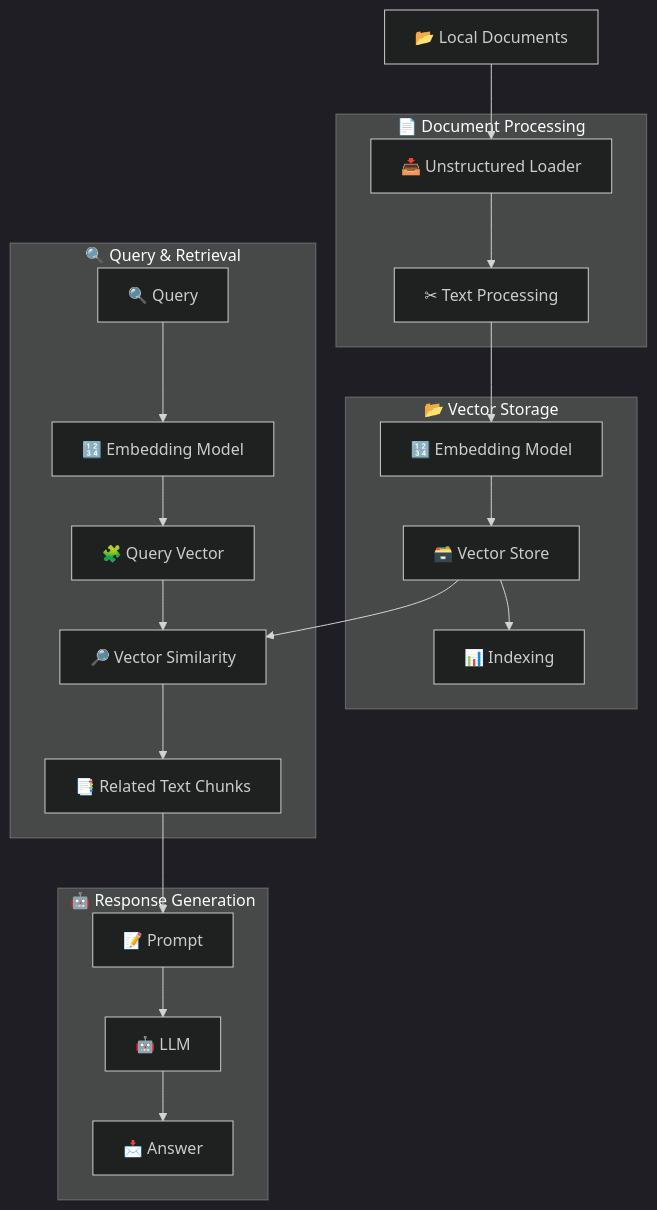
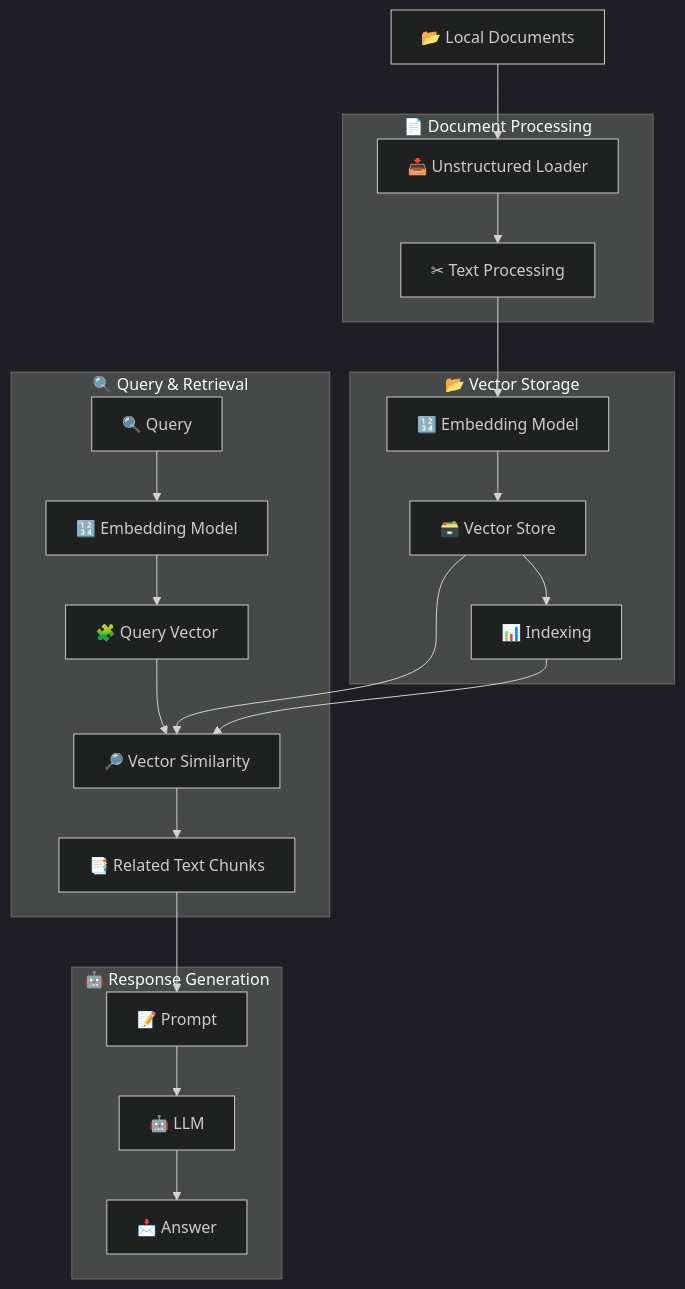
The diagram in RAG.md (Danielyan86/nlp-workshop), drawn with Mermaid (dark theme) before and after one commit. The commit also changed other lines of this file, not shown here.

Commit message:
Add connection from F to K in flowchart of RAG.md
- Updated the flowchart to include a new connection from F to K, enhancing the representation of the document processing pipeline.
- Removed an unnecessary line break in the Core Concepts section for improved formatting.

````diff
--- a/RAG.md
+++ b/RAG.md
@@ -46,46 +46,47 @@
 ```mermaid
 flowchart TD
     %% Document Processing
     subgraph subGraph0["📄 Document Processing"]
         B["📥 Unstructured Loader"]
         C["✂ Text Processing"]
     end
 
     %% Vector Storage
     subgraph subGraph1["📂 Vector Storage"]
         E["🔢 Embedding Model"]
         G["🗃️ Vector Store"]
         F["📊 Indexing"]
     end
 
     %% Query & Retrieval
     subgraph subGraph2["🔍 Query & Retrieval"]
         H["🔍 Query"]
         I["🔢 Embedding Model"]
         J["🧩 Query Vector"]
         K["🔎 Vector Similarity"]
         L["📑 Related Text Chunks"]
     end
 
     %% Response Generation
     subgraph subGraph3["🤖 Response Generation"]
         M["📝 Prompt"]
         N["🤖 LLM"]
         O["📩 Answer"]
     end
 
     %% Flow connections
     A["📂 Local Documents"] --> B
     B --> C
     C --> E
     E --> G
     G --> F
     H --> I
     I --> J
     J --> K
     K --> L
     L --> M
     M --> N
     N --> O
     G --> K
+    F --> K
 ```
````
